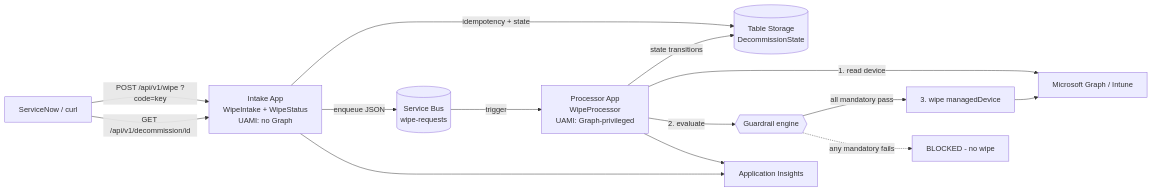
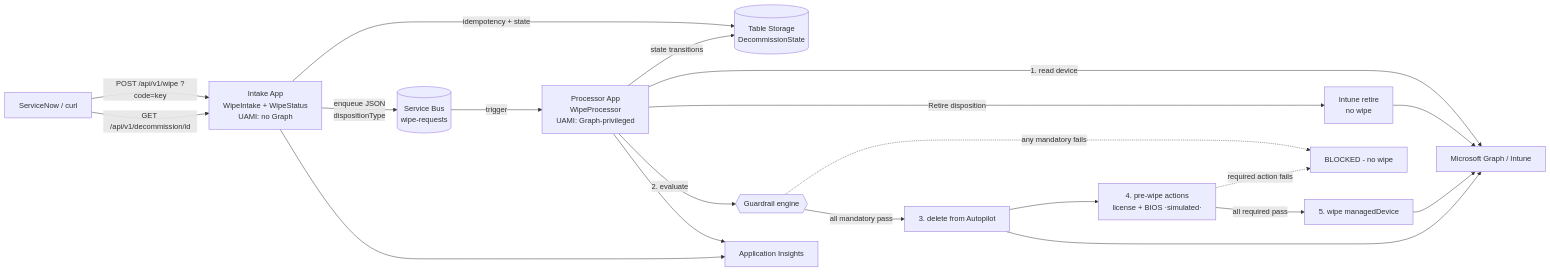
The diagram in poc-powershell/README.md (robgrame/Asset-Terminator), drawn with Mermaid before and after one commit. The commit also changed other lines of this file and 10 other files, not shown here.

First line of the commit message:
feat(poc): port dispositions, Autopilot removal and pre-wipe actions to the PowerShell POC

````diff
--- a/poc-powershell/README.md
+++ b/poc-powershell/README.md
@@ -16,15 +24,19 @@
 ```mermaid
 flowchart LR
     Caller[ServiceNow / curl] -->|POST /api/v1/wipe ?code=key| Intake[Intake App<br/>WipeIntake + WipeStatus<br/>UAMI: no Graph]
     Intake -->|idempotency + state| T[(Table Storage<br/>DecommissionState)]
-    Intake -->|enqueue JSON| Q[(Service Bus<br/>wipe-requests)]
+    Intake -->|enqueue JSON<br/>dispositionType| Q[(Service Bus<br/>wipe-requests)]
     Q -->|trigger| Proc[Processor App<br/>WipeProcessor<br/>UAMI: Graph-privileged]
     Proc -->|state transitions| T
     Proc -->|1. read device| Graph[Microsoft Graph / Intune]
+    Proc -->|Retire disposition| Retire[Intune retire<br/>no wipe]
     Proc -->|2. evaluate| GR{{Guardrail engine}}
-    GR -->|all mandatory pass| Wipe[3. wipe managedDevice]
     GR -.->|any mandatory fails| Blocked[BLOCKED - no wipe]
-    Wipe --> Graph
+    GR -->|all mandatory pass| AP[3. delete from Autopilot]
+    AP --> PW[4. pre-wipe actions<br/>license + BIOS ·simulated·]
+    PW -.->|required action fails| Blocked
+    PW -->|all required pass| Wipe[5. wipe managedDevice]
+    Wipe & Retire & AP --> Graph
     Intake & Proc --> AI[Application Insights]
     Caller -->|GET /api/v1/decommission/id| Intake
 ```
````
